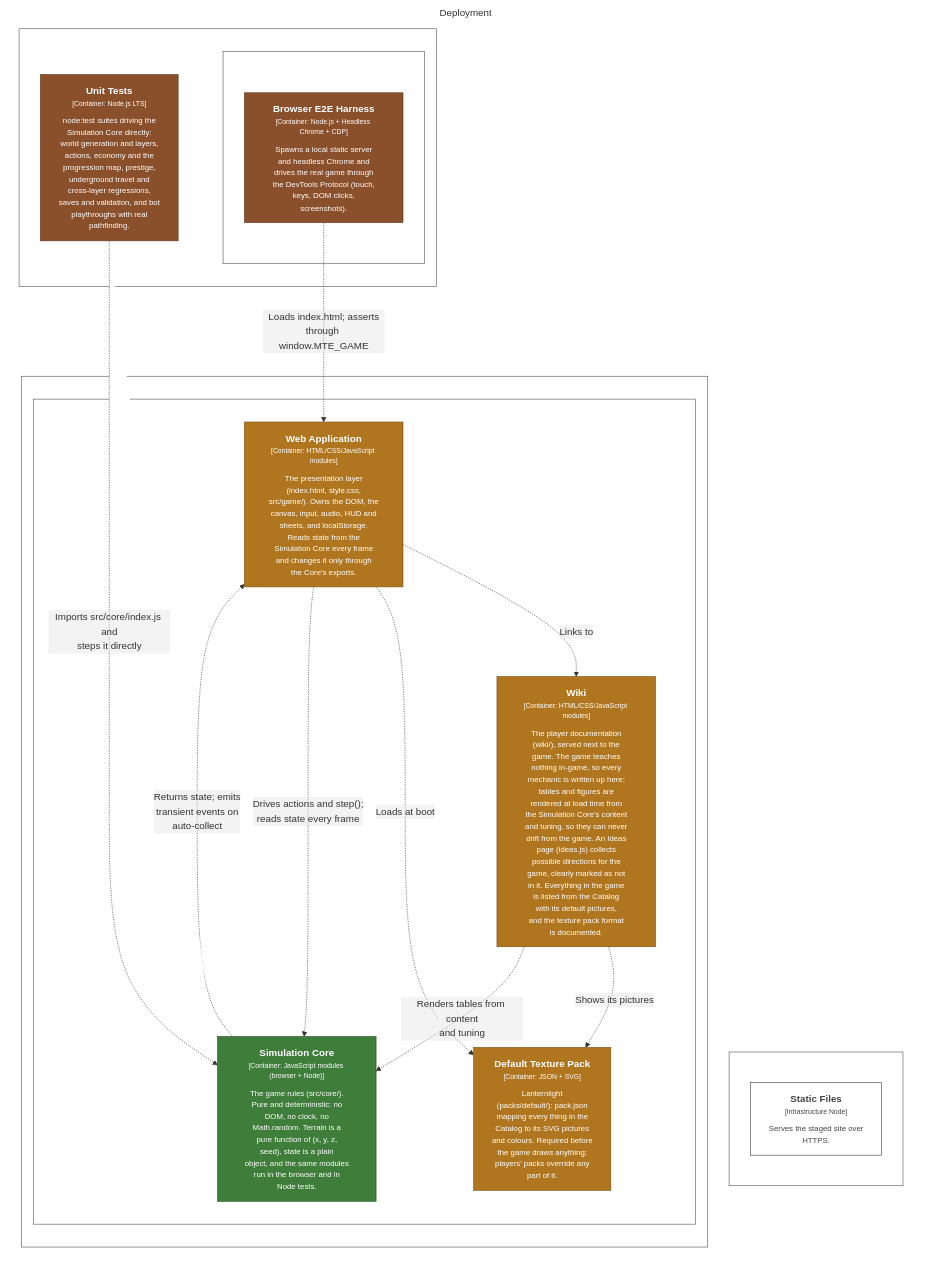
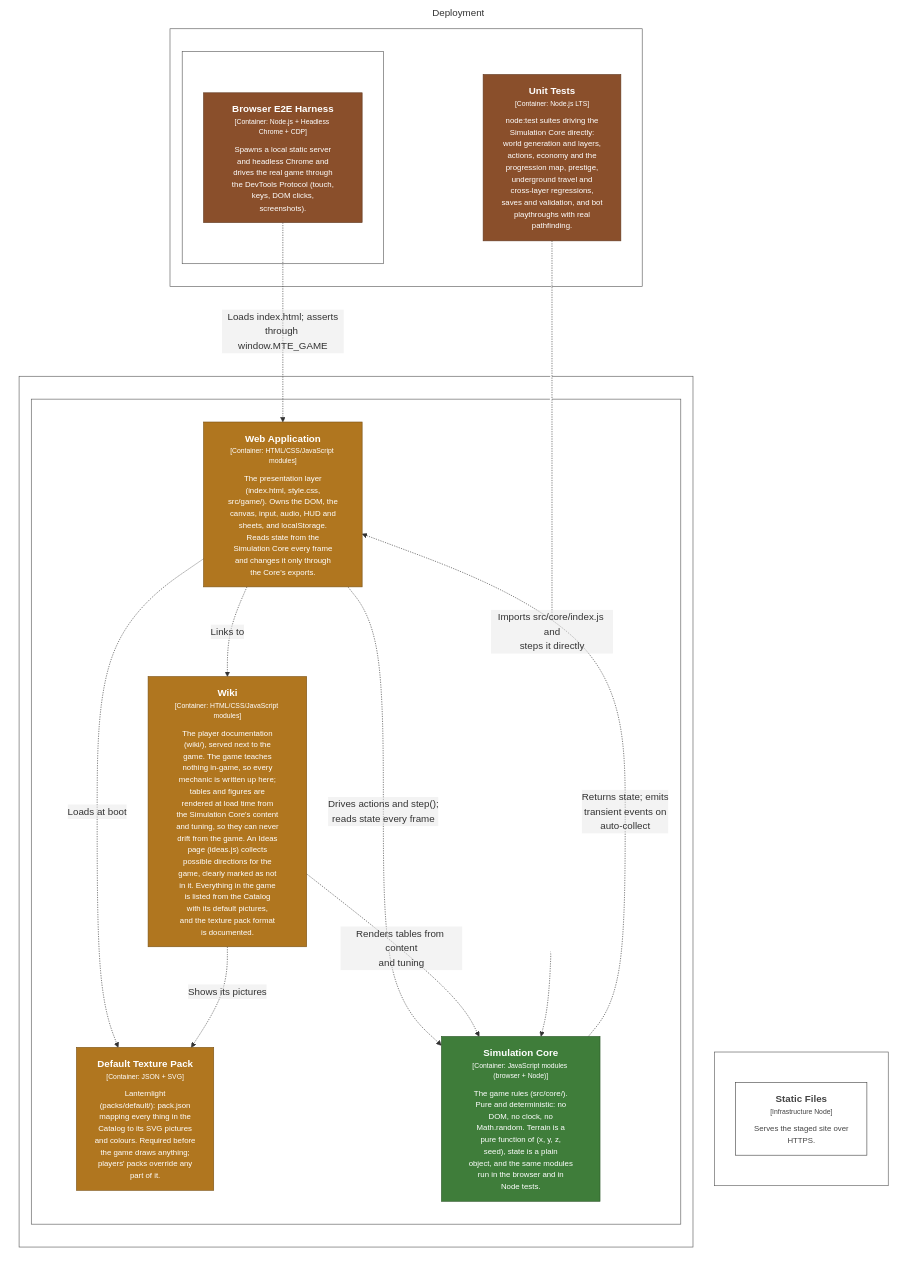
The diagram in structurizr/diagrams/Deployment.mmd (bitkojine/more-than-enough), drawn with Mermaid before and after one commit. The commit also changed 60 other files, not shown here.

```diff
--- a/structurizr/diagrams/Deployment.mmd
+++ b/structurizr/diagrams/Deployment.mmd
@@ -1,56 +1,56 @@
 %% Generated from structurizr/workspace.dsl — do not edit; run: node structurizr/scripts/structurizr.mjs mermaid
 graph LR
   linkStyle default fill:#ffffff
 
   subgraph diagram ["Deployment"]
     style diagram fill:#ffffff,stroke:#ffffff
 
-    subgraph 82 ["Browser"]
-      style 82 fill:#ffffff,stroke:#575757,color:#ffffff
+    subgraph 102 ["GitHub Pages"]
+      style 102 fill:#ffffff,stroke:#575757,color:#ffffff
 
-      subgraph 83 ["Browser tab"]
-        style 83 fill:#ffffff,stroke:#575757,color:#ffffff
+      103["<div style='font-weight: bold'>Static Files</div><div style='font-size: 70%; margin-top: 0px'>[Infrastructure Node]</div><div style='font-size: 80%; margin-top:10px'>Serves the staged site over<br />HTTPS.</div>"]
+      style 103 fill:#ffffff,stroke:#444444,color:#444444
+    end
 
-        84["<div style='font-weight: bold'>Web Application</div><div style='font-size: 70%; margin-top: 0px'>[Container: HTML/CSS/JavaScript modules]</div><div style='font-size: 80%; margin-top:10px'>The presentation layer<br />(index.html, style.css,<br />src/game/). Owns the DOM, the<br />canvas, input, audio, HUD and<br />sheets, and localStorage.<br />Reads state from the<br />Simulation Core every frame<br />and changes it only through<br />the Core's exports.</div>"]
-        style 84 fill:#b0761f,stroke:#7b5215,color:#ffffff
-        85["<div style='font-weight: bold'>Wiki</div><div style='font-size: 70%; margin-top: 0px'>[Container: HTML/CSS/JavaScript modules]</div><div style='font-size: 80%; margin-top:10px'>The player documentation<br />(wiki/), served next to the<br />game. The game teaches<br />nothing in-game, so every<br />mechanic is written up here;<br />tables and figures are<br />rendered at load time from<br />the Simulation Core's content<br />and tuning, so they can never<br />drift from the game. An Ideas<br />page (ideas.js) collects<br />possible directions for the<br />game, clearly marked as not<br />in it. Everything in the game<br />is listed from the Catalog<br />with its default pictures,<br />and the texture pack format<br />is documented.</div>"]
-        style 85 fill:#b0761f,stroke:#7b5215,color:#ffffff
-        87["<div style='font-weight: bold'>Default Texture Pack</div><div style='font-size: 70%; margin-top: 0px'>[Container: JSON + SVG]</div><div style='font-size: 80%; margin-top:10px'>Lanternlight<br />(packs/default/): pack.json<br />mapping every thing in the<br />Catalog to its SVG pictures<br />and colours. Required before<br />the game draws anything;<br />players' packs override any<br />part of it.</div>"]
-        style 87 fill:#b0761f,stroke:#7b5215,color:#ffffff
-        90["<div style='font-weight: bold'>Simulation Core</div><div style='font-size: 70%; margin-top: 0px'>[Container: JavaScript modules (browser + Node)]</div><div style='font-size: 80%; margin-top:10px'>The game rules (src/core/).<br />Pure and deterministic: no<br />DOM, no clock, no<br />Math.random. Terrain is a<br />pure function of (x, y, z,<br />seed), state is a plain<br />object, and the same modules<br />run in the browser and in<br />Node tests.</div>"]
-        style 90 fill:#3f7d3a,stroke:#2c5728,color:#ffffff
+    subgraph 104 ["Node.js LTS"]
+      style 104 fill:#ffffff,stroke:#575757,color:#ffffff
+
+      105["<div style='font-weight: bold'>Unit Tests</div><div style='font-size: 70%; margin-top: 0px'>[Container: Node.js LTS]</div><div style='font-size: 80%; margin-top:10px'>node:test suites driving the<br />Simulation Core directly:<br />world generation and layers,<br />actions, economy and the<br />progression map, prestige,<br />underground travel and<br />cross-layer regressions,<br />saves and validation, and bot<br />playthroughs with real<br />pathfinding.</div>"]
+      style 105 fill:#8a4f2b,stroke:#60371e,color:#ffffff
+      subgraph 107 ["Headless Chrome"]
+        style 107 fill:#ffffff,stroke:#575757,color:#ffffff
+
+        108["<div style='font-weight: bold'>Browser E2E Harness</div><div style='font-size: 70%; margin-top: 0px'>[Container: Node.js + Headless Chrome + CDP]</div><div style='font-size: 80%; margin-top:10px'>Spawns a local static server<br />and headless Chrome and<br />drives the real game through<br />the DevTools Protocol (touch,<br />keys, DOM clicks,<br />screenshots).</div>"]
+        style 108 fill:#8a4f2b,stroke:#60371e,color:#ffffff
       end
 
     end
 
-    subgraph 94 ["GitHub Pages"]
-      style 94 fill:#ffffff,stroke:#575757,color:#ffffff
+    subgraph 90 ["Browser"]
+      style 90 fill:#ffffff,stroke:#575757,color:#ffffff
 
-      95["<div style='font-weight: bold'>Static Files</div><div style='font-size: 70%; margin-top: 0px'>[Infrastructure Node]</div><div style='font-size: 80%; margin-top:10px'>Serves the staged site over<br />HTTPS.</div>"]
-      style 95 fill:#ffffff,stroke:#444444,color:#444444
-    end
+      subgraph 91 ["Browser tab"]
+        style 91 fill:#ffffff,stroke:#575757,color:#ffffff
 
-    subgraph 96 ["Node.js LTS"]
-      style 96 fill:#ffffff,stroke:#575757,color:#ffffff
-
-      97["<div style='font-weight: bold'>Unit Tests</div><div style='font-size: 70%; margin-top: 0px'>[Container: Node.js LTS]</div><div style='font-size: 80%; margin-top:10px'>node:test suites driving the<br />Simulation Core directly:<br />world generation and layers,<br />actions, economy and the<br />progression map, prestige,<br />underground travel and<br />cross-layer regressions,<br />saves and validation, and bot<br />playthroughs with real<br />pathfinding.</div>"]
-      style 97 fill:#8a4f2b,stroke:#60371e,color:#ffffff
-      subgraph 99 ["Headless Chrome"]
-        style 99 fill:#ffffff,stroke:#575757,color:#ffffff
-
-        100["<div style='font-weight: bold'>Browser E2E Harness</div><div style='font-size: 70%; margin-top: 0px'>[Container: Node.js + Headless Chrome + CDP]</div><div style='font-size: 80%; margin-top:10px'>Spawns a local static server<br />and headless Chrome and<br />drives the real game through<br />the DevTools Protocol (touch,<br />keys, DOM clicks,<br />screenshots).</div>"]
-        style 100 fill:#8a4f2b,stroke:#60371e,color:#ffffff
+        92["<div style='font-weight: bold'>Web Application</div><div style='font-size: 70%; margin-top: 0px'>[Container: HTML/CSS/JavaScript modules]</div><div style='font-size: 80%; margin-top:10px'>The presentation layer<br />(index.html, style.css,<br />src/game/). Owns the DOM, the<br />canvas, input, audio, HUD and<br />sheets, and localStorage.<br />Reads state from the<br />Simulation Core every frame<br />and changes it only through<br />the Core's exports.</div>"]
+        style 92 fill:#b0761f,stroke:#7b5215,color:#ffffff
+        93["<div style='font-weight: bold'>Wiki</div><div style='font-size: 70%; margin-top: 0px'>[Container: HTML/CSS/JavaScript modules]</div><div style='font-size: 80%; margin-top:10px'>The player documentation<br />(wiki/), served next to the<br />game. The game teaches<br />nothing in-game, so every<br />mechanic is written up here;<br />tables and figures are<br />rendered at load time from<br />the Simulation Core's content<br />and tuning, so they can never<br />drift from the game. An Ideas<br />page (ideas.js) collects<br />possible directions for the<br />game, clearly marked as not<br />in it. Everything in the game<br />is listed from the Catalog<br />with its default pictures,<br />and the texture pack format<br />is documented.</div>"]
+        style 93 fill:#b0761f,stroke:#7b5215,color:#ffffff
+        95["<div style='font-weight: bold'>Default Texture Pack</div><div style='font-size: 70%; margin-top: 0px'>[Container: JSON + SVG]</div><div style='font-size: 80%; margin-top:10px'>Lanternlight<br />(packs/default/): pack.json<br />mapping every thing in the<br />Catalog to its SVG pictures<br />and colours. Required before<br />the game draws anything;<br />players' packs override any<br />part of it.</div>"]
+        style 95 fill:#b0761f,stroke:#7b5215,color:#ffffff
+        98["<div style='font-weight: bold'>Simulation Core</div><div style='font-size: 70%; margin-top: 0px'>[Container: JavaScript modules (browser + Node)]</div><div style='font-size: 80%; margin-top:10px'>The game rules (src/core/).<br />Pure and deterministic: no<br />DOM, no clock, no<br />Math.random. Terrain is a<br />pure function of (x, y, z,<br />seed), state is a plain<br />object, and the same modules<br />run in the browser and in<br />Node tests.</div>"]
+        style 98 fill:#3f7d3a,stroke:#2c5728,color:#ffffff
       end
 
     end
 
-    100-. "<div>Loads index.html; asserts<br />through window.MTE_GAME</div><div style='font-size: 70%'></div>" .->84
-    84-. "<div>Links to</div><div style='font-size: 70%'></div>" .->85
-    84-. "<div>Loads at boot</div><div style='font-size: 70%'></div>" .->87
-    85-. "<div>Shows its pictures</div><div style='font-size: 70%'></div>" .->87
-    90-. "<div>Returns state; emits<br />transient events on<br />auto-collect</div><div style='font-size: 70%'></div>" .->84
-    84-. "<div>Drives actions and step();<br />reads state every frame</div><div style='font-size: 70%'></div>" .->90
-    85-. "<div>Renders tables from content<br />and tuning</div><div style='font-size: 70%'></div>" .->90
-    97-. "<div>Imports src/core/index.js and<br />steps it directly</div><div style='font-size: 70%'></div>" .->90
+    92-. "<div>Drives actions and step();<br />reads state every frame</div><div style='font-size: 70%'></div>" .->98
+    93-. "<div>Renders tables from content<br />and tuning</div><div style='font-size: 70%'></div>" .->98
+    105-. "<div>Imports src/core/index.js and<br />steps it directly</div><div style='font-size: 70%'></div>" .->98
+    108-. "<div>Loads index.html; asserts<br />through window.MTE_GAME</div><div style='font-size: 70%'></div>" .->92
+    92-. "<div>Links to</div><div style='font-size: 70%'></div>" .->93
+    92-. "<div>Loads at boot</div><div style='font-size: 70%'></div>" .->95
+    93-. "<div>Shows its pictures</div><div style='font-size: 70%'></div>" .->95
+    98-. "<div>Returns state; emits<br />transient events on<br />auto-collect</div><div style='font-size: 70%'></div>" .->92
 
   end
```
